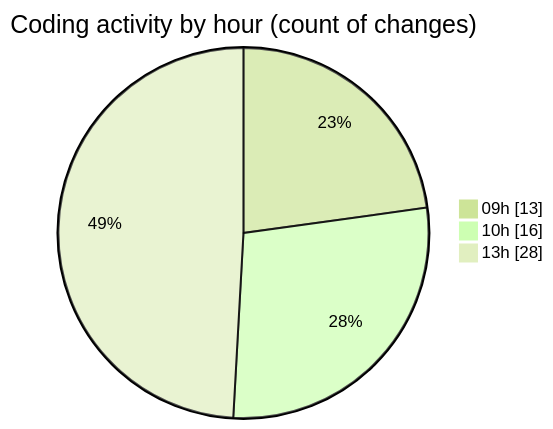
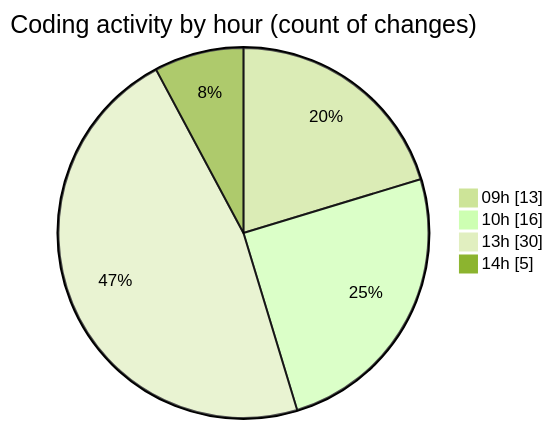
Before and after one commit to momahboobian/code-tracking: the second of 2 diagrams in 2025-03-31/cda/README.md, drawn with Mermaid (forest theme). The commit also changed other lines of this file and 1 other file, not shown here.

````diff
--- a/2025-03-31/cda/README.md
+++ b/2025-03-31/cda/README.md
@@ -37,7 +37,8 @@
 ```mermaid
 pie showData
 title Coding activity by hour (count of changes)
 "09h" : 13
 "10h" : 16
-"13h" : 28
+"13h" : 30
+"14h" : 5
 ```
````
